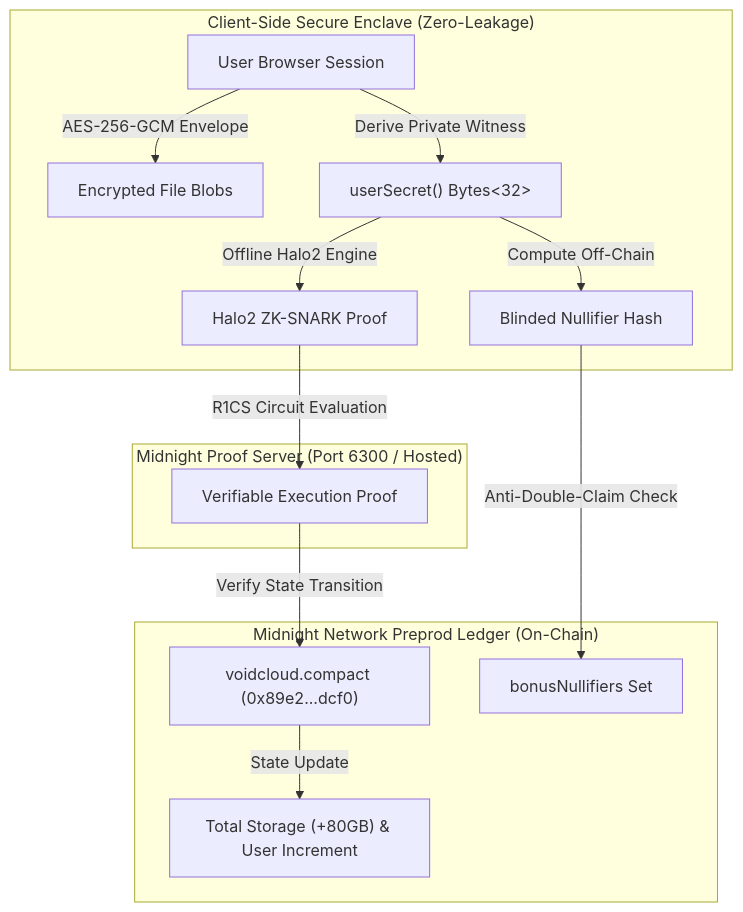
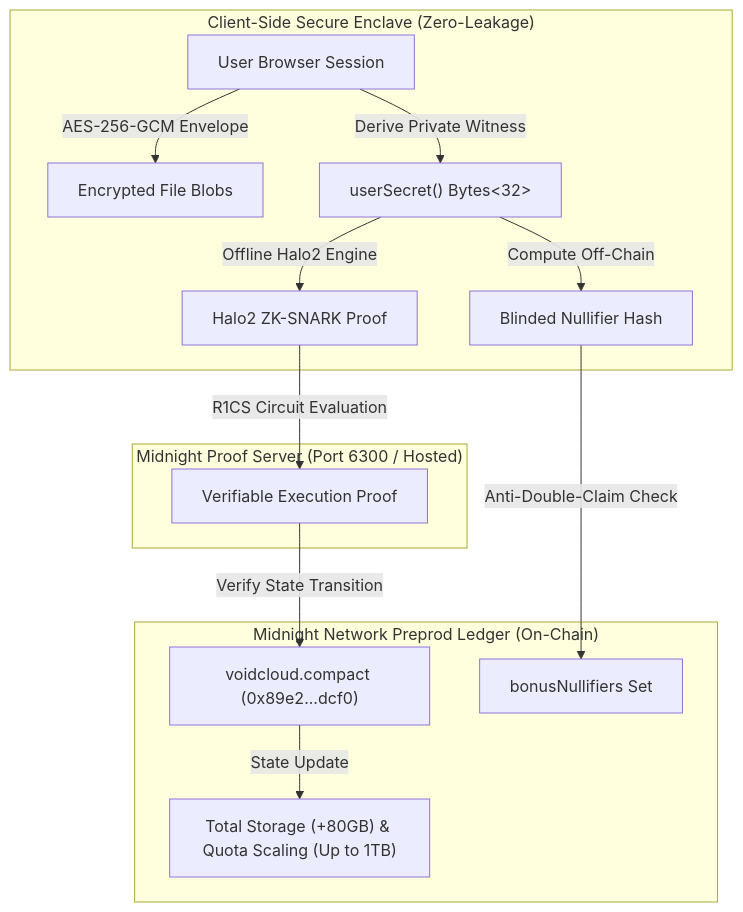
The diagram in README.md (Shuvankar11/VoidCloud), drawn with Mermaid before and after one commit. The commit also changed other lines of this file and 1 other file, not shown here.

Commit message:
docs(summary): comprehensively expand executive summary, quota allocation, and free testnet scaling up to 1TB

````diff
--- a/README.md
+++ b/README.md
@@ -67,19 +99,19 @@
 ```mermaid
 flowchart TD
     subgraph Client["Client-Side Secure Enclave (Zero-Leakage)"]
         User["User Browser Session"] -->|"AES-256-GCM Envelope"| EncFile["Encrypted File Blobs"]
         User -->|"Derive Private Witness"| Witness["userSecret() Bytes<32>"]
         Witness -->|"Compute Off-Chain"| Nullifier["Blinded Nullifier Hash"]
         Witness -->|"Offline Halo2 Engine"| ZKProof["Halo2 ZK-SNARK Proof"]
     end
 
     subgraph ProofServer["Midnight Proof Server (Port 6300 / Hosted)"]
         ZKProof -->|"R1CS Circuit Evaluation"| ProverPayload["Verifiable Execution Proof"]
     end
 
     subgraph Ledger["Midnight Network Preprod Ledger (On-Chain)"]
         ProverPayload -->|"Verify State Transition"| Contract["voidcloud.compact (0x89e2...dcf0)"]
         Nullifier -->|"Anti-Double-Claim Check"| NullifierSet["bonusNullifiers Set"]
-        Contract -->|"State Update"| Counters["Total Storage (+80GB) & User Increment"]
+        Contract -->|"State Update"| Counters["Total Storage (+80GB) & Quota Scaling (Up to 1TB)"]
     end
 ```
````
